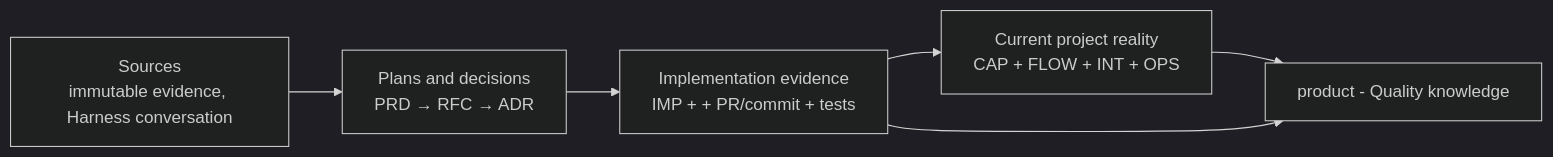
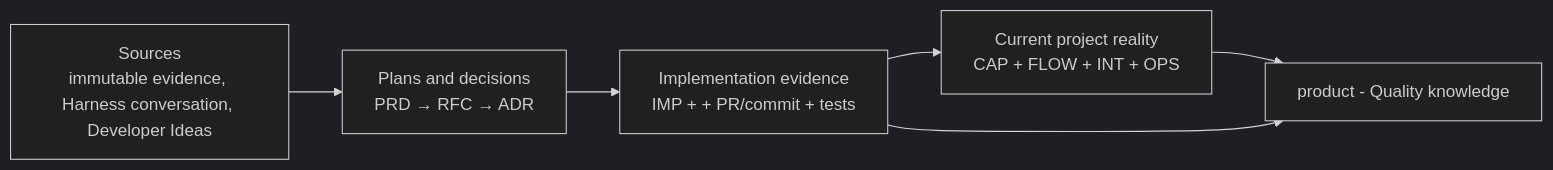
One commit to mirumee/nimara-ecommerce changed the diagram in llm-wiki/AGENTS.md. Above: the diagram before and after it, drawn with Mermaid (dark theme). The commit also changed other lines of this file and 1 other file, not shown here.

````diff
--- a/llm-wiki/AGENTS.md
+++ b/llm-wiki/AGENTS.md
@@ -80,8 +95,8 @@
 ```mermaid
 flowchart LR
-    S["Sources<br/>immutable evidence, Harness conversation"] --> P["Plans and decisions<br/>PRD → RFC → ADR"]
+    S["Sources<br/>immutable evidence, Harness conversation, Developer Ideas"] --> P["Plans and decisions<br/>PRD → RFC → ADR"]
     P --> I["Implementation evidence<br/>IMP + + PR/commit + tests"]
     I --> C["Current project reality<br/>CAP + FLOW + INT + OPS"]
     C --> Q["product - Quality knowledge"]
     I --> Q
 ```
````
